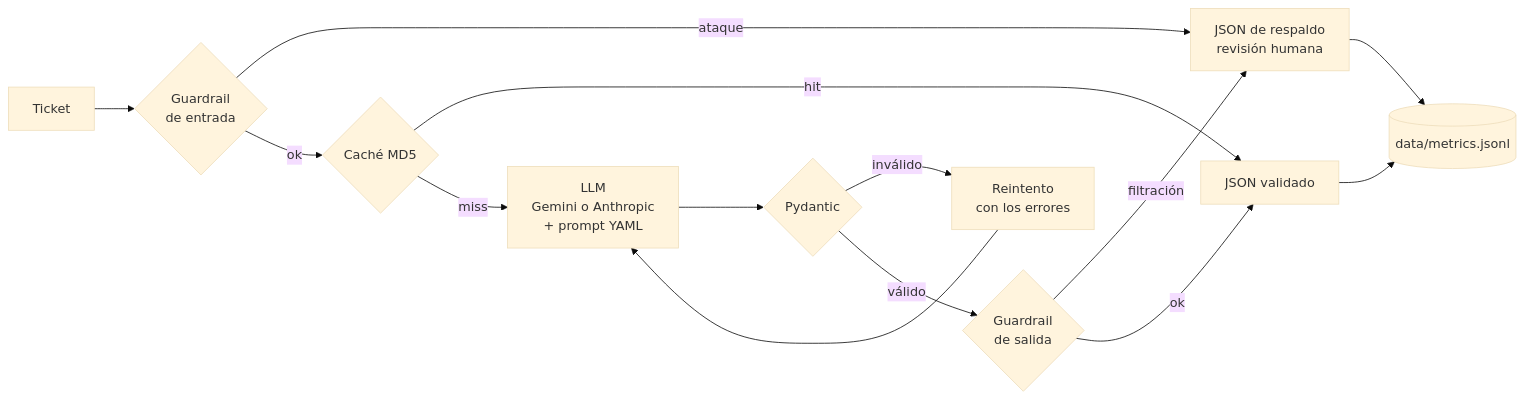
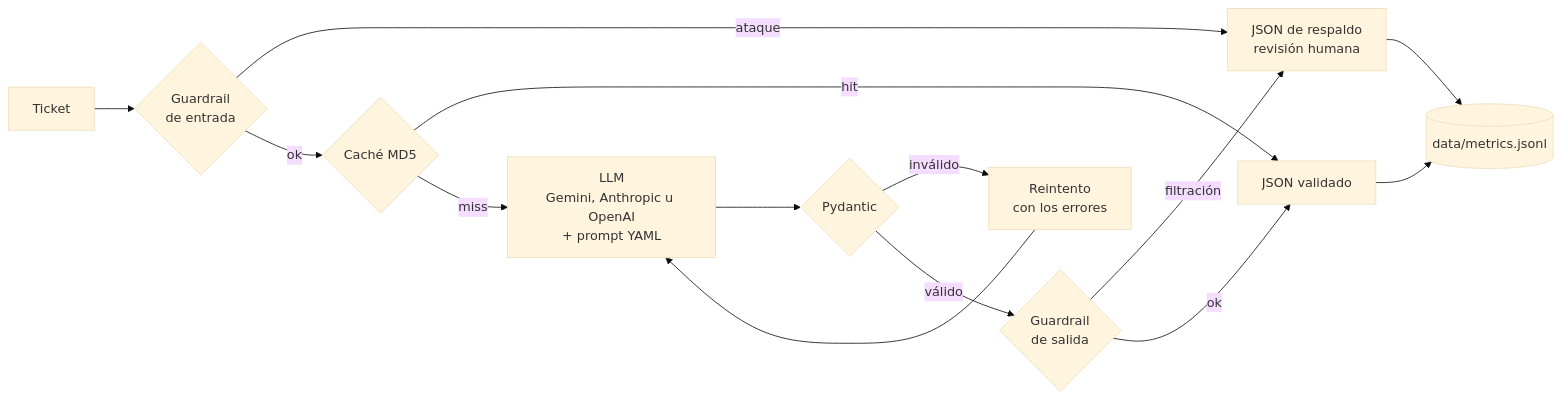
The first of 3 diagrams in README.md (bryan-delacruz/nubbix-triage), drawn with Mermaid (base theme) before and after one commit. The commit also changed other lines of this file and 7 other files, not shown here.

````diff
--- a/README.md
+++ b/README.md
@@ -13,15 +13,15 @@
 ```mermaid
 flowchart LR
     A[Ticket] --> B{Guardrail<br/>de entrada}
     B -- ataque --> X[JSON de respaldo<br/>revisión humana]
     B -- ok --> C{Caché MD5}
     C -- hit --> H[JSON validado]
-    C -- miss --> E[LLM<br/>Gemini o Anthropic<br/>+ prompt YAML]
+    C -- miss --> E[LLM<br/>Gemini, Anthropic u OpenAI<br/>+ prompt YAML]
     E --> F{Pydantic}
     F -- inválido --> R[Reintento<br/>con los errores] --> E
     F -- válido --> G{Guardrail<br/>de salida}
     G -- filtración --> X
     G -- ok --> H
     H --> M[(data/metrics.jsonl)]
     X --> M
 ```
````
